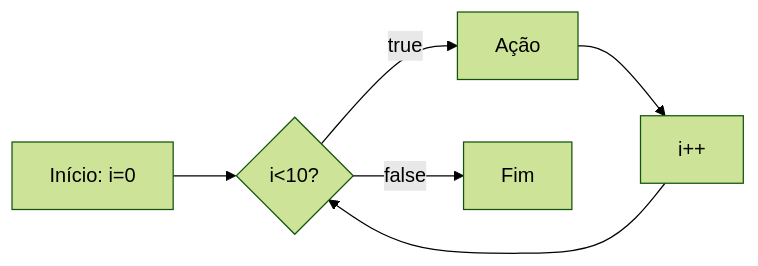
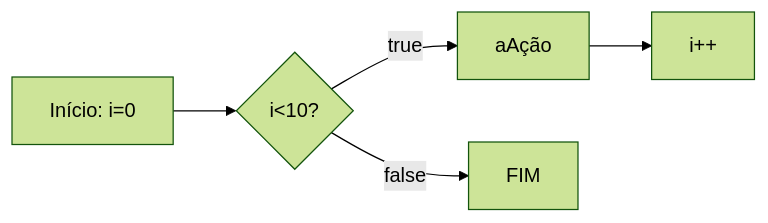
The eighth of 14 diagrams in README.md (FelipeScalfi/BackEnd), drawn with Mermaid (forest theme) before and after one commit. The commit also changed other lines of this file and 29 other files, not shown here.

````diff
--- a/README.md
+++ b/README.md
@@ -475,10 +466,7 @@
 ```mermaid
-
 flowchart LR
     A[Início: i=0] --> B{i<10?}
-    B --true--> C[Ação]
+    B --true--> C[aAção]
     C --> D[i++]
-    D --> B
-    B --false--> E[Fim]
-
+    B --false--> E[FIM]
 ```
````
